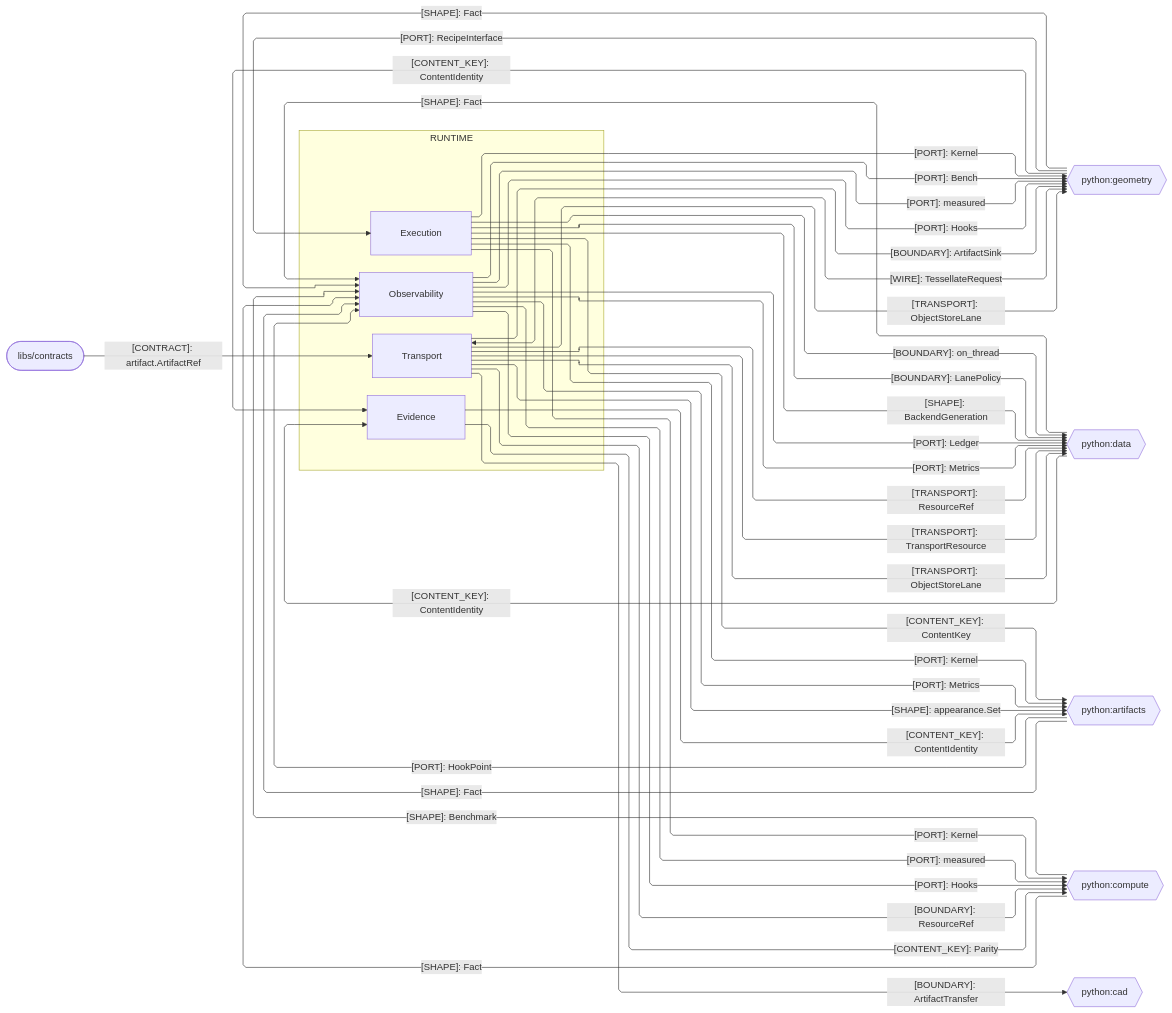
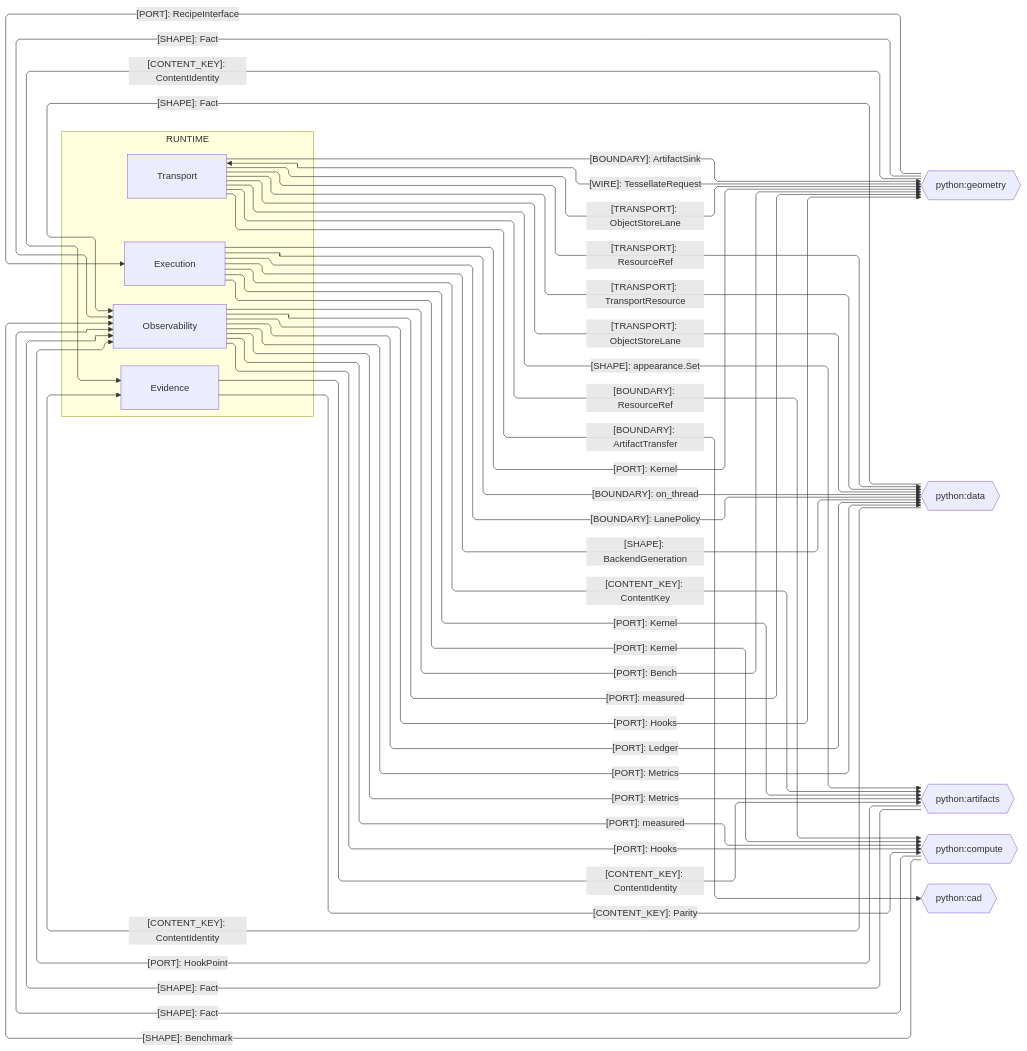
One commit to bsamiee/Rasm changed the third of 4 diagrams in libs/python/runtime/ARCHITECTURE.md. Above: the diagram before and after it, drawn with Mermaid. The commit also changed other lines of this file and 616 other files, not shown here.

````diff
--- a/libs/python/runtime/ARCHITECTURE.md
+++ b/libs/python/runtime/ARCHITECTURE.md
@@ -192,60 +188,58 @@
 ```mermaid
 ---
 config:
   layout: elk
   flowchart:
     curve: linear
     padding: 25
 ---
 flowchart LR
     accTitle: Runtime cross-package Python seams
     accDescr: Runtime sub-domain owners exchanging content identity, transport, kernel and hook ports, and measurements with the Python siblings.
     subgraph runtime[RUNTIME]
         Transport[Transport]
         Evidence[Evidence]
         Observability[Observability]
         Execution[Execution]
     end
     Geometry{{python:geometry}}
     Data{{python:data}}
     Artifacts{{python:artifacts}}
     Compute{{python:compute}}
     Cad{{python:cad}}
-    Contracts([libs/contracts])
     Transport e1@<-->|"[WIRE]: TessellateRequest"| Geometry
     Geometry e2@-->|"[CONTENT_KEY]: ContentIdentity"| Evidence
     Geometry e3@-->|"[PORT]: RecipeInterface"| Execution
     Data e4@-->|"[CONTENT_KEY]: ContentIdentity"| Evidence
     Transport e5@-->|"[TRANSPORT]: ResourceRef"| Data
     Transport e6@-->|"[TRANSPORT]: TransportResource"| Data
     Observability e7@-->|"[PORT]: Ledger"| Data
     Observability e8@-->|"[PORT]: Metrics"| Data
     Execution e10@-->|"[BOUNDARY]: on_thread"| Data
     Execution e11@-->|"[BOUNDARY]: LanePolicy"| Data
     Execution e12@-->|"[SHAPE]: BackendGeneration"| Data
     Evidence e13@-->|"[CONTENT_KEY]: ContentIdentity"| Artifacts
     Observability e14@-->|"[PORT]: Metrics"| Artifacts
     Execution e15@-->|"[CONTENT_KEY]: ContentKey"| Artifacts
     Execution e16@-->|"[PORT]: Kernel"| Artifacts
     Transport e17@-->|"[SHAPE]: appearance.Set"| Artifacts
     Artifacts e18@-->|"[PORT]: HookPoint"| Observability
     Evidence e19@-->|"[CONTENT_KEY]: Parity"| Compute
     Transport e20@-->|"[BOUNDARY]: ResourceRef"| Compute
     Observability e21@-->|"[PORT]: measured"| Compute
     Execution e22@-->|"[PORT]: Kernel"| Compute
     Transport e23@-->|"[TRANSPORT]: ObjectStoreLane"| Data
     Transport e24@-->|"[TRANSPORT]: ObjectStoreLane"| Geometry
     Artifacts e25@-->|"[SHAPE]: Fact"| Observability
     Compute e26@-->|"[SHAPE]: Fact"| Observability
     Data e27@-->|"[SHAPE]: Fact"| Observability
     Geometry e28@-->|"[SHAPE]: Fact"| Observability
     Observability e23@-->|"[PORT]: Hooks"| Compute
     Compute e24@-->|"[SHAPE]: Benchmark"| Observability
     Execution e25@-->|"[PORT]: Kernel"| Geometry
     Observability e26@-->|"[PORT]: Bench"| Geometry
     Observability e27@-->|"[PORT]: measured"| Geometry
     Observability e28@-->|"[PORT]: Hooks"| Geometry
     Transport e29@-->|"[BOUNDARY]: ArtifactSink"| Geometry
     Transport e30@-->|"[BOUNDARY]: ArtifactTransfer"| Cad
-    Contracts e31@-->|"[CONTRACT]: artifact.ArtifactRef"| Transport
 ```
````
